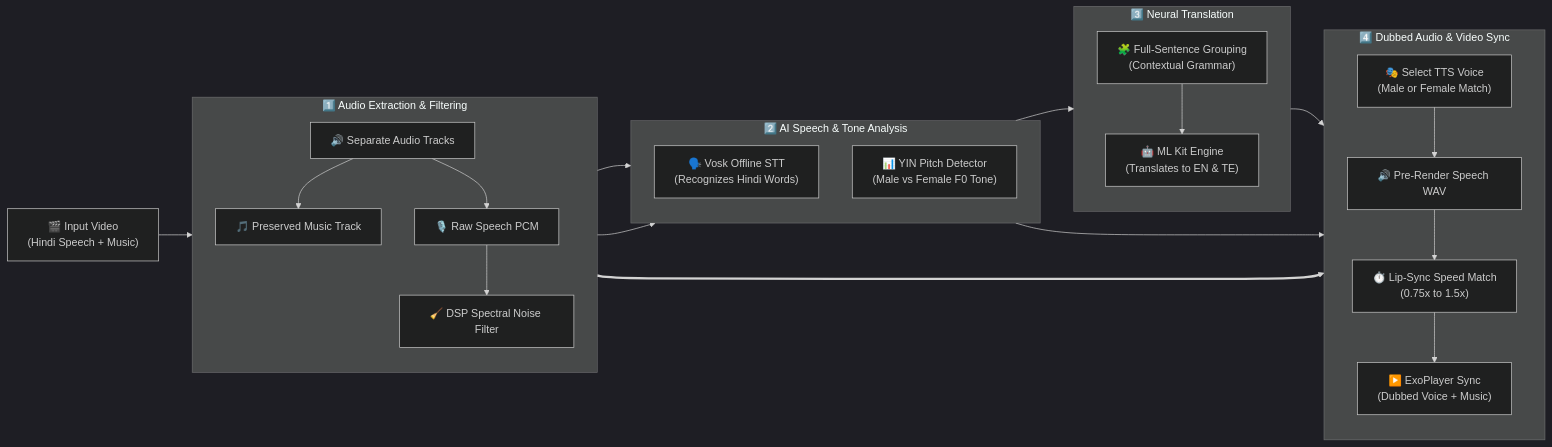
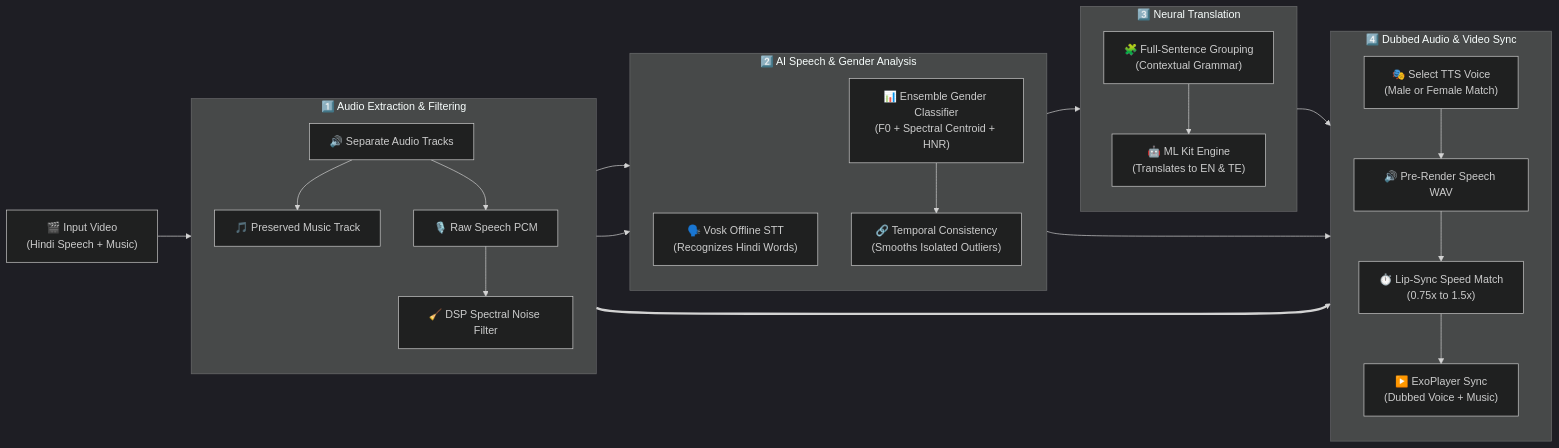
One commit to SyedSaad8008/Video-Translator changed the diagram in README.md. Above: the diagram before and after it, drawn with Mermaid (dark theme). The commit also changed other lines of this file, not shown here.

Commit message:
docs: update README with multi-signal ensemble gender classification & temporal smoothing architecture

````diff
--- a/README.md
+++ b/README.md
@@ -11,56 +11,59 @@
 ```mermaid
 flowchart LR
     %% Inputs
     VIDEO["🎬 Input Video<br>(Hindi Speech + Music)"]
 
     %% Phase 1: Audio Processing
     subgraph P1 ["1️⃣ Audio Extraction & Filtering"]
         direction TB
         EXTRACT["🔊 Separate Audio Tracks"]
         MUSIC["🎵 Preserved Music Track"]
         SPEECH["🎙️ Raw Speech PCM"]
         NOISE["🧹 DSP Spectral Noise Filter"]
 
         EXTRACT --> MUSIC
         EXTRACT --> SPEECH
         SPEECH --> NOISE
     end
 
-    %% Phase 2: AI Speech & Pitch Analysis
-    subgraph P2 ["2️⃣ AI Speech & Tone Analysis"]
+    %% Phase 2: AI Speech & Multi-Signal Gender Analysis
+    subgraph P2 ["2️⃣ AI Speech & Gender Analysis"]
         direction TB
         STT["🗣️ Vosk Offline STT<br>(Recognizes Hindi Words)"]
-        PITCH["📊 YIN Pitch Detector<br>(Male vs Female F0 Tone)"]
+        PITCH["📊 Ensemble Gender Classifier<br>(F0 + Spectral Centroid + HNR)"]
+        SMOOTH["🔗 Temporal Consistency<br>(Smooths Isolated Outliers)"]
+
+        PITCH --> SMOOTH
     end
 
     %% Phase 3: Smart Translation
     subgraph P3 ["3️⃣ Neural Translation"]
         direction TB
         CLUSTER["🧩 Full-Sentence Grouping<br>(Contextual Grammar)"]
         TRANSLATE["🤖 ML Kit Engine<br>(Translates to EN & TE)"]
 
         CLUSTER --> TRANSLATE
     end
 
     %% Phase 4: Voice Synthesis & Video Playback
     subgraph P4 ["4️⃣ Dubbed Audio & Video Sync"]
         direction TB
         VOICE["🎭 Select TTS Voice<br>(Male or Female Match)"]
         TTS["🔊 Pre-Render Speech WAV"]
         SPEED["⏱️ Lip-Sync Speed Match<br>(0.75x to 1.5x)"]
         PLAYBACK["▶️ ExoPlayer Sync<br>(Dubbed Voice + Music)"]
 
         VOICE --> TTS
         TTS --> SPEED
         SPEED --> PLAYBACK
     end
 
     %% Main Pipeline Flow
     VIDEO --> EXTRACT
     NOISE --> STT
     NOISE --> PITCH
     STT --> CLUSTER
     TRANSLATE --> VOICE
-    PITCH --> VOICE
+    SMOOTH --> VOICE
     MUSIC ==> PLAYBACK
 ```
````
